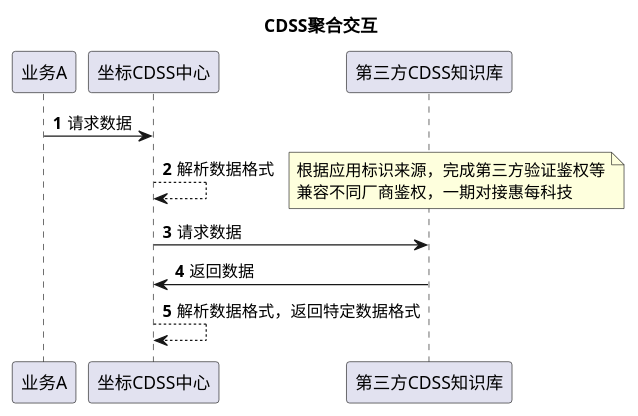
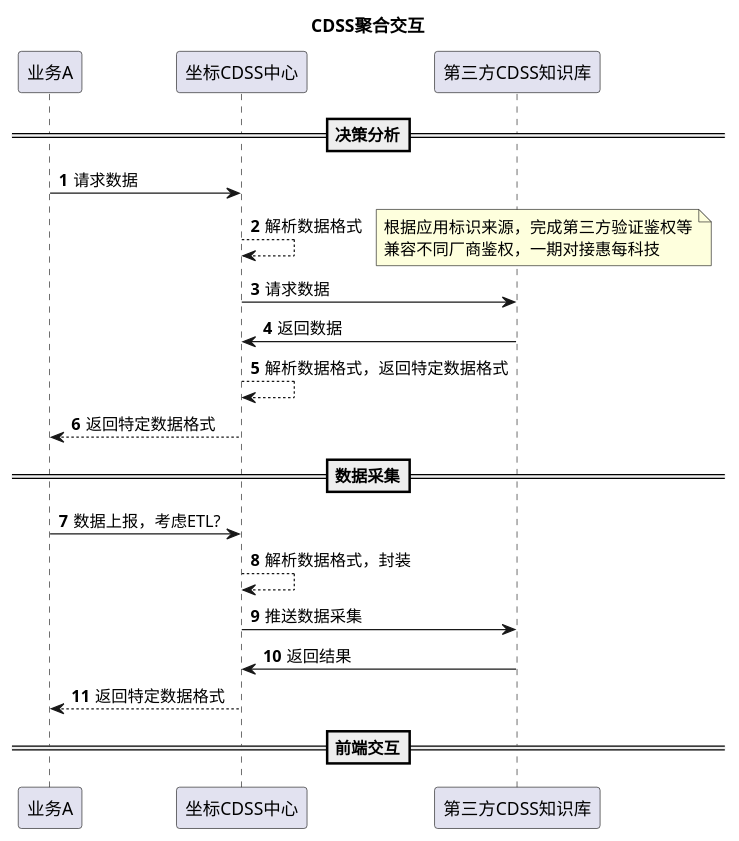
The diagram in uml/cnhis/CDSS聚合交互.puml (aoheng/PlantUML), drawn with PlantUML before and after one commit.

Commit message:
feat: cdss知识库

```diff
--- a/uml/cnhis/CDSS聚合交互.puml
+++ b/uml/cnhis/CDSS聚合交互.puml
@@ -1,15 +1,29 @@
 @startuml
 'https://plantuml.com/sequence-diagram
 title CDSS聚合交互
 autonumber
 
+==决策分析==
 业务A -> 坐标CDSS中心: 请求数据
 坐标CDSS中心 --> 坐标CDSS中心: 解析数据格式
 note right
 根据应用标识来源，完成第三方验证鉴权等
 兼容不同厂商鉴权，一期对接惠每科技
 end note
 坐标CDSS中心 ->第三方CDSS知识库: 请求数据
 第三方CDSS知识库 -> 坐标CDSS中心: 返回数据
 坐标CDSS中心 --> 坐标CDSS中心: 解析数据格式，返回特定数据格式
+坐标CDSS中心 --> 业务A: 返回特定数据格式
+
+==数据采集==
+业务A-> 坐标CDSS中心: 数据上报，考虑ETL?
+坐标CDSS中心 --> 坐标CDSS中心: 解析数据格式，封装
+坐标CDSS中心 ->第三方CDSS知识库: 推送数据采集
+第三方CDSS知识库->坐标CDSS中心:返回结果
+坐标CDSS中心 --> 业务A: 返回特定数据格式
+
+==前端交互==
+
+
+
 @enduml
```
